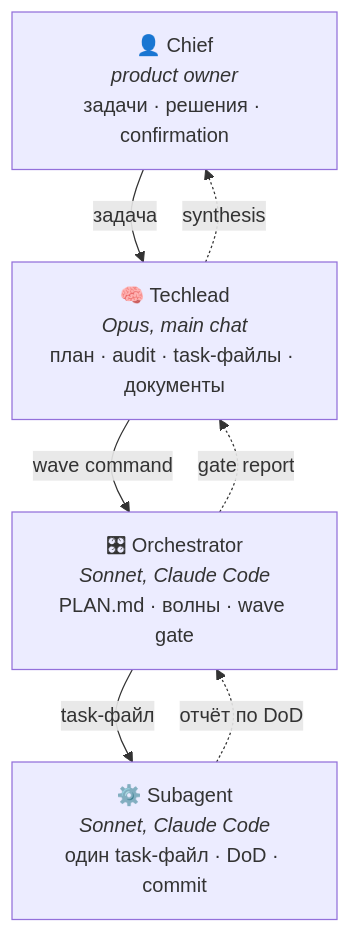
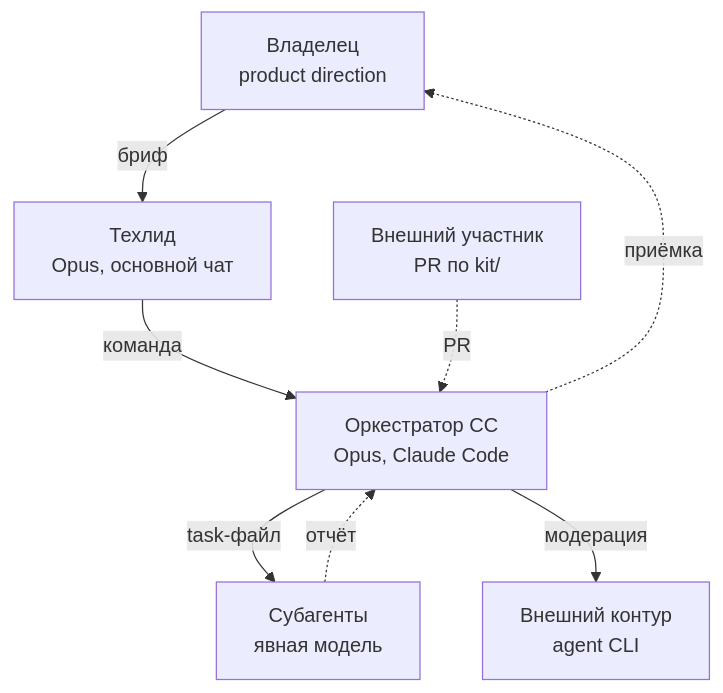
One commit to Mdyuzhev/claude-workflow-template changed the first of 2 diagrams in README.md. Above: the diagram before and after it, drawn with Mermaid. The commit also changed other lines of this file and 66 other files, not shown here.

````diff
--- a/README.md
+++ b/README.md
@@ -32,14 +36,17 @@
 ```mermaid
 flowchart TD
-    C["👤 Chief<br/><i>product owner</i><br/>задачи · решения · confirmation"]
-    T["🧠 Techlead<br/><i>Opus, main chat</i><br/>план · audit · task-файлы · документы"]
-    O["🎛 Orchestrator<br/><i>Sonnet, Claude Code</i><br/>PLAN.md · волны · wave gate"]
-    S["⚙️ Subagent<br/><i>Sonnet, Claude Code</i><br/>один task-файл · DoD · commit"]
+    OW["Владелец<br/>product direction"]
+    TL["Техлид<br/>Opus, основной чат"]
+    OR["Оркестратор CC<br/>Opus, Claude Code"]
+    SA["Субагенты<br/>явная модель"]
+    EC["Внешний контур<br/>agent CLI"]
+    EP["Внешний участник<br/>PR по kit/"]
 
-    C -- "задача" --> T
-    T -- "wave command" --> O
-    O -- "task-файл" --> S
-    S -. "отчёт по DoD" .-> O
-    O -. "gate report" .-> T
-    T -. "synthesis" .-> C
+    OW -- бриф --> TL
+    TL -- команда --> OR
+    OR -- task-файл --> SA
+    OR -- модерация --> EC
+    EP -. PR .-> OR
+    SA -. отчёт .-> OR
+    OR -. приёмка .-> OW
 ```
````
